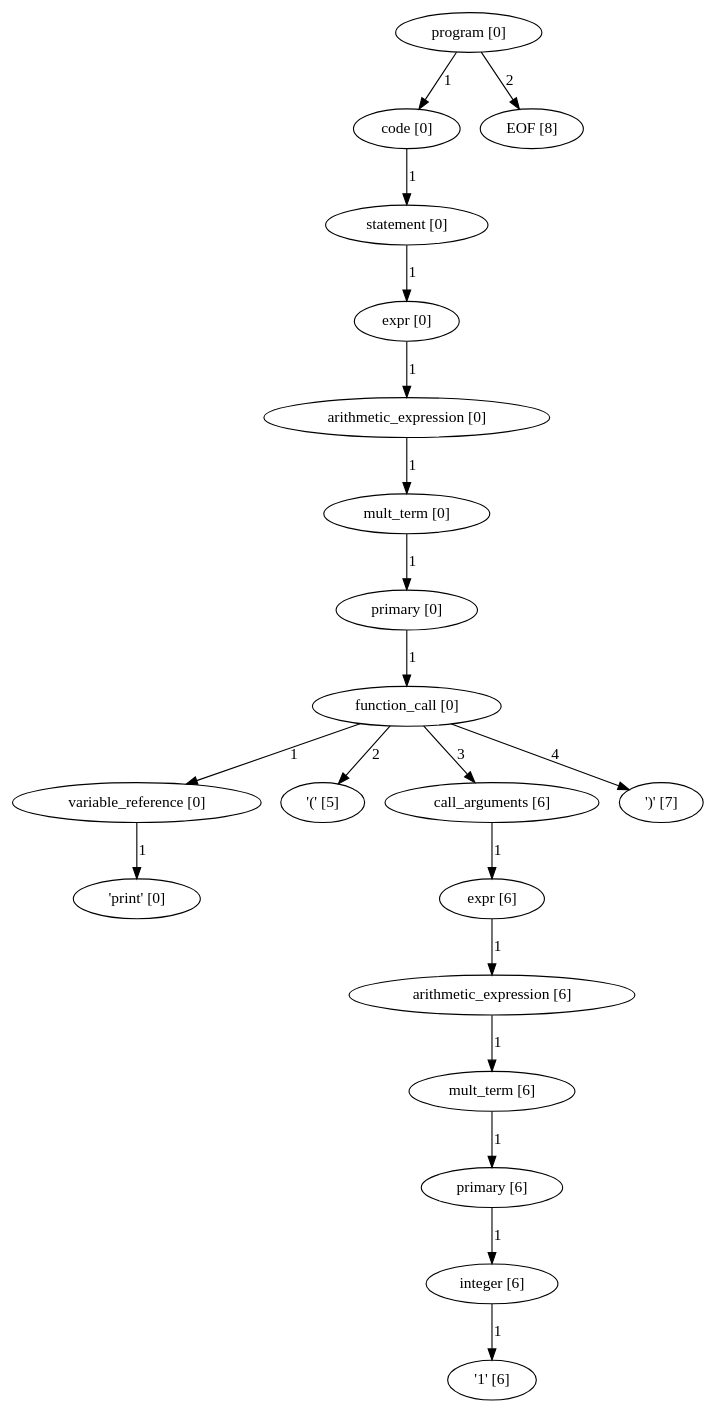
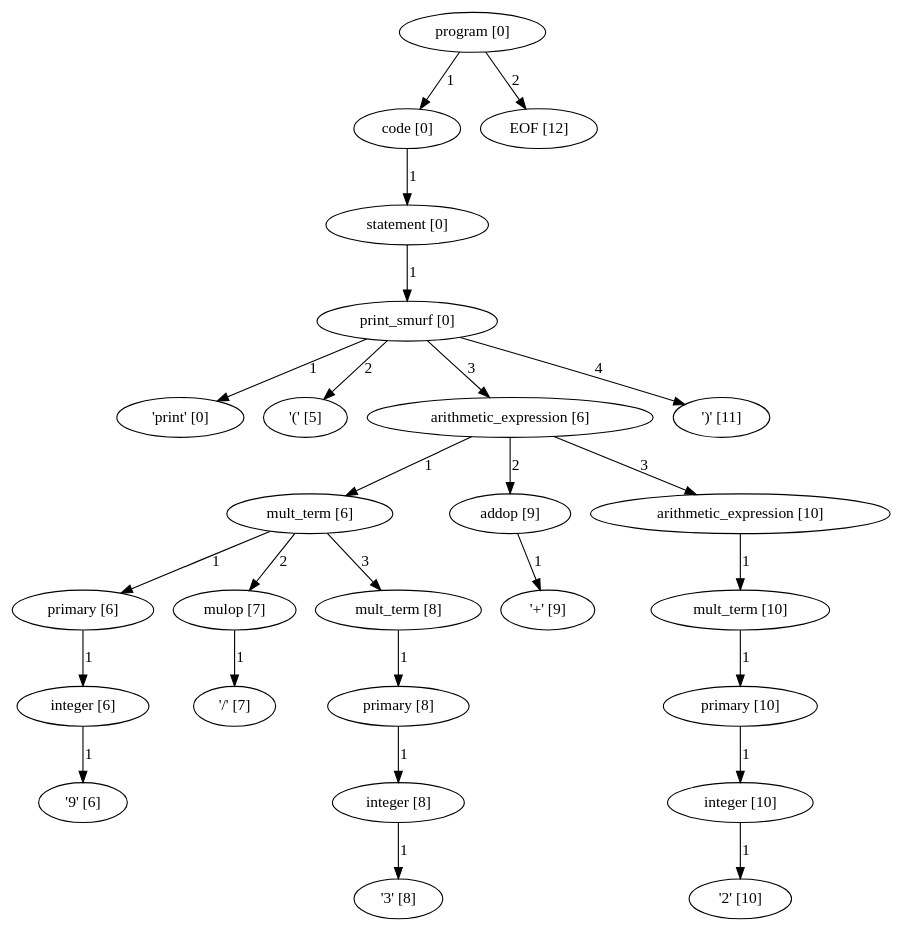
Before and after one commit to pragdave/cs3342_smurf: the diagram in program_parse_tree.dot, drawn with Graphviz. The commit also changed 13 other files, not shown here.

```diff
--- a/program_parse_tree.dot
+++ b/program_parse_tree.dot
@@ -1,60 +1,78 @@
 digraph arpeggio_graph {
-4720535024 [label="program [0]"];
-4720535024->4718158912 [label="1"]
+4710813776 [label="program [0]"];
+4710813776->4710817376 [label="1"]
 
-4718158912 [label="code [0]"];
-4718158912->4391508592 [label="1"]
+4710817376 [label="code [0]"];
+4710817376->4712530000 [label="1"]
 
-4391508592 [label="statement [0]"];
-4391508592->4391507728 [label="1"]
+4712530000 [label="statement [0]"];
+4712530000->4710814352 [label="1"]
 
-4391507728 [label="expr [0]"];
-4391507728->4391508736 [label="1"]
+4710814352 [label="print_smurf [0]"];
+4710814352->4717002192 [label="1"]
 
-4391508736 [label="arithmetic_expression [0]"];
-4391508736->4391542512 [label="1"]
+4717002192 [label=" 'print' [0]"];
+4710814352->4717001808 [label="2"]
 
-4391542512 [label="mult_term [0]"];
-4391542512->4391541360 [label="1"]
+4717001808 [label=" '(' [5]"];
+4710814352->4710817664 [label="3"]
 
-4391541360 [label="primary [0]"];
-4391541360->4391539632 [label="1"]
+4710817664 [label="arithmetic_expression [6]"];
+4710817664->4710959440 [label="1"]
 
-4391539632 [label="function_call [0]"];
-4391539632->4718211152 [label="1"]
+4710959440 [label="mult_term [6]"];
+4710959440->4710959872 [label="1"]
 
-4718211152 [label="variable_reference [0]"];
-4718211152->4713404240 [label="1"]
+4710959872 [label="primary [6]"];
+4710959872->4710960304 [label="1"]
 
-4713404240 [label=" 'print' [0]"];
-4391539632->4713405520 [label="2"]
+4710960304 [label="integer [6]"];
+4710960304->4717000528 [label="1"]
 
-4713405520 [label=" '(' [5]"];
-4391539632->4717690608 [label="3"]
+4717000528 [label=" '9' [6]"];
+4710959440->4710957136 [label="2"]
 
-4717690608 [label="call_arguments [6]"];
-4717690608->4391331456 [label="1"]
+4710957136 [label="mulop [7]"];
+4710957136->4713555792 [label="1"]
 
-4391331456 [label="expr [6]"];
-4391331456->4391332752 [label="1"]
+4713555792 [label=" '/' [7]"];
+4710959440->4710958432 [label="3"]
 
-4391332752 [label="arithmetic_expression [6]"];
-4391332752->4391317232 [label="1"]
+4710958432 [label="mult_term [8]"];
+4710958432->4710958144 [label="1"]
 
-4391317232 [label="mult_term [6]"];
-4391317232->4391316368 [label="1"]
+4710958144 [label="primary [8]"];
+4710958144->4710957568 [label="1"]
 
-4391316368 [label="primary [6]"];
-4391316368->4391315216 [label="1"]
+4710957568 [label="integer [8]"];
+4710957568->4713556560 [label="1"]
 
-4391315216 [label="integer [6]"];
-4391315216->4713405648 [label="1"]
+4713556560 [label=" '3' [8]"];
+4710817664->4710961024 [label="2"]
 
-4713405648 [label=" '1' [6]"];
-4391539632->4713404496 [label="4"]
+4710961024 [label="addop [9]"];
+4710961024->4712421072 [label="1"]
 
-4713404496 [label=" ')' [7]"];
-4720535024->4707948624 [label="2"]
+4712421072 [label=" '+' [9]"];
+4710817664->4710816944 [label="3"]
 
-4707948624 [label="EOF [8]"];
+4710816944 [label="arithmetic_expression [10]"];
+4710816944->4710814640 [label="1"]
+
+4710814640 [label="mult_term [10]"];
+4710814640->4713184864 [label="1"]
+
+4713184864 [label="primary [10]"];
+4713184864->4713182992 [label="1"]
+
+4713182992 [label="integer [10]"];
+4713182992->4714565712 [label="1"]
+
+4714565712 [label=" '2' [10]"];
+4710814352->4714569040 [label="4"]
+
+4714569040 [label=" ')' [11]"];
+4710813776->4714565968 [label="2"]
+
+4714565968 [label="EOF [12]"];
 }
```
